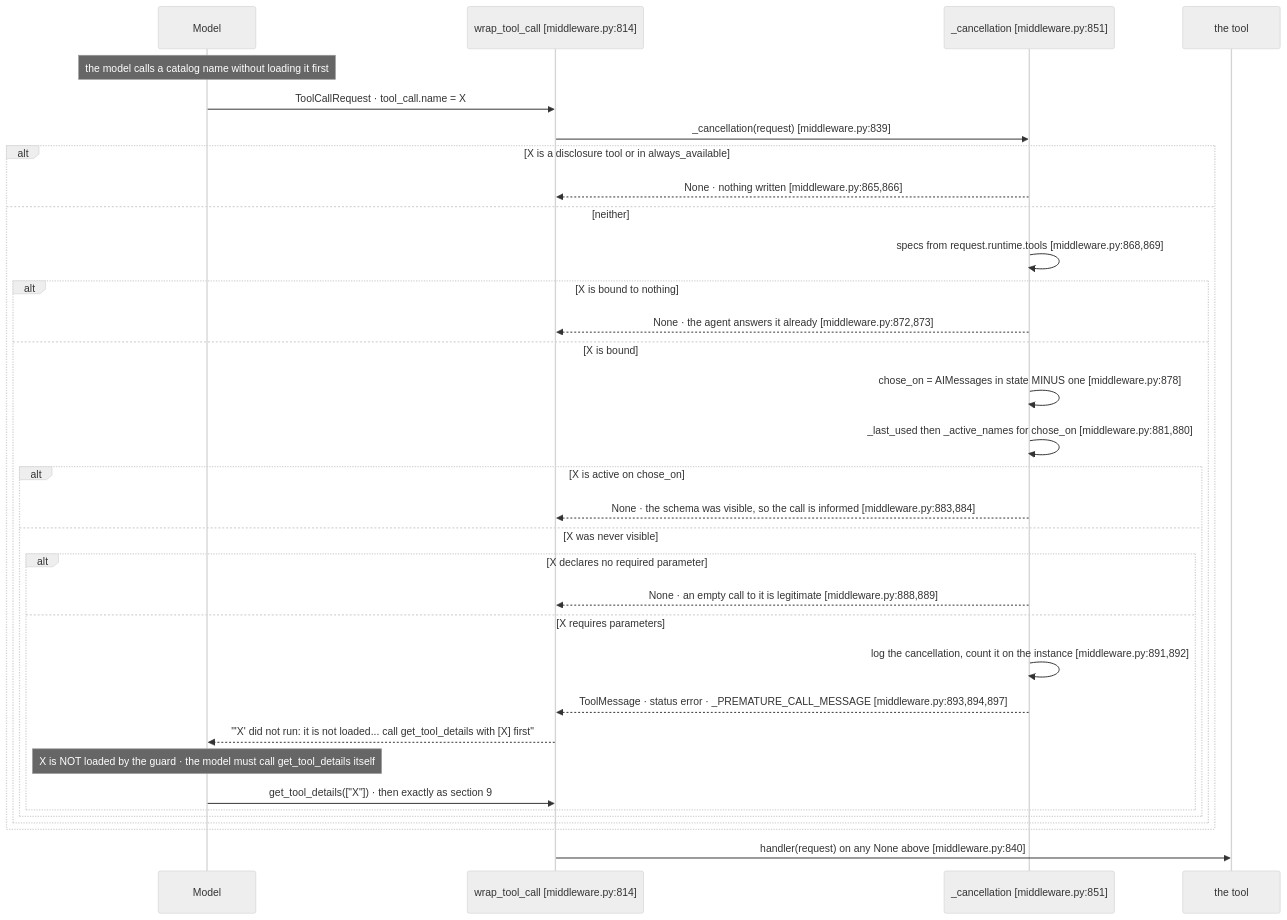
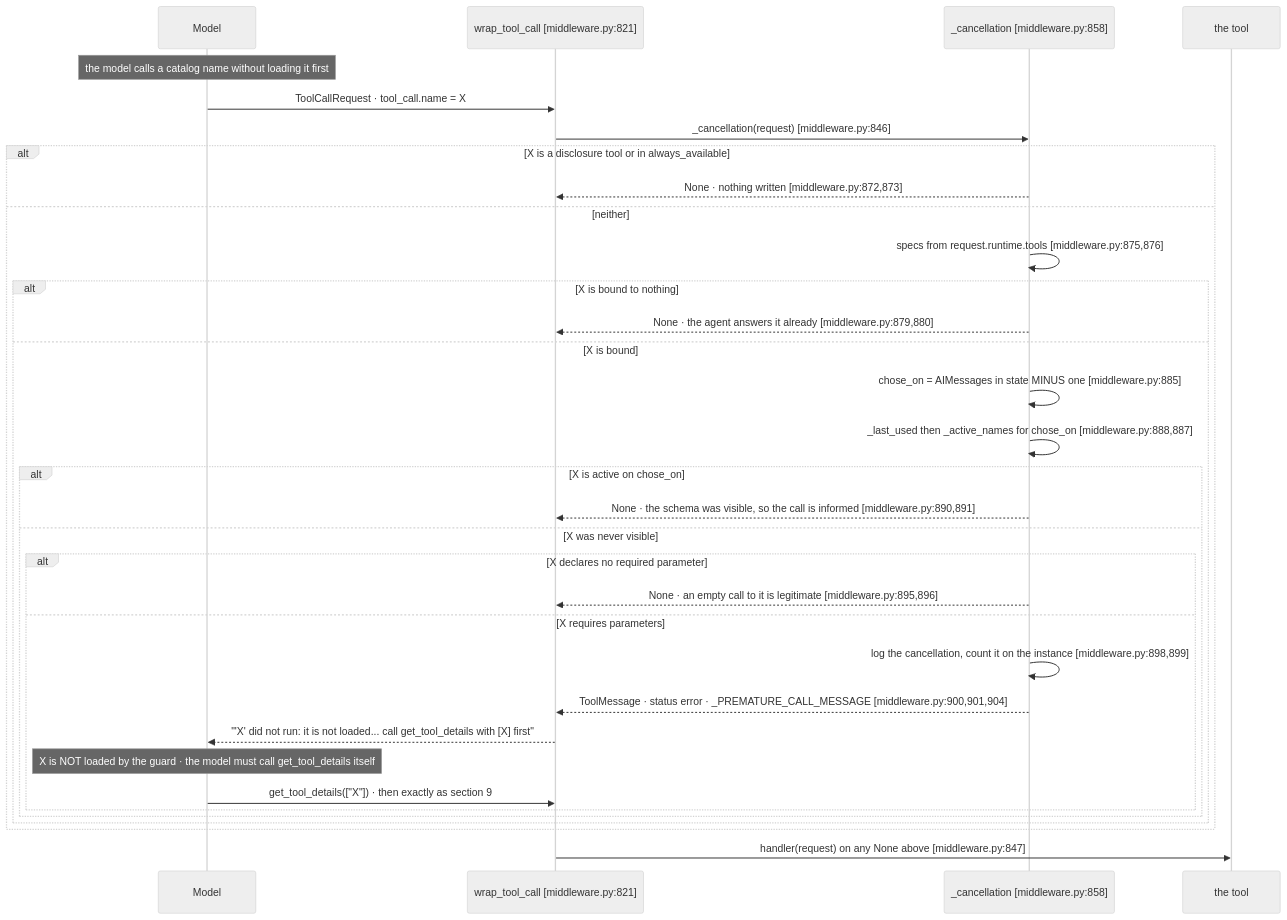
Before and after one commit to aws-samples/sample-context-engineering: the sixth of 7 diagrams in docs/design/sequence/langgraph/sequence-b-disclosure.md, drawn with Mermaid (neutral theme). The commit also changed other lines of this file and 4 other files, not shown here.

First line of the commit message:
docs(langgraph): benchmark result and diagrams re-anchored to the final code

````diff
--- a/docs/design/sequence/langgraph/sequence-b-disclosure.md
+++ b/docs/design/sequence/langgraph/sequence-b-disclosure.md
@@ -702,36 +765,36 @@
 ```mermaid
 sequenceDiagram
     participant Model
-    participant WTC as wrap_tool_call [middleware.py:814]
-    participant Cancel as _cancellation [middleware.py:851]
+    participant WTC as wrap_tool_call [middleware.py:821]
+    participant Cancel as _cancellation [middleware.py:858]
     participant Handler as the tool
 
     Note over Model: the model calls a catalog name without loading it first
     Model->>WTC: ToolCallRequest · tool_call.name = X
-    WTC->>Cancel: _cancellation(request) [middleware.py:839]
+    WTC->>Cancel: _cancellation(request) [middleware.py:846]
     alt X is a disclosure tool or in always_available
-        Cancel-->>WTC: None · nothing written [middleware.py:865,866]
+        Cancel-->>WTC: None · nothing written [middleware.py:872,873]
     else neither
-        Cancel->>Cancel: specs from request.runtime.tools [middleware.py:868,869]
+        Cancel->>Cancel: specs from request.runtime.tools [middleware.py:875,876]
         alt X is bound to nothing
-            Cancel-->>WTC: None · the agent answers it already [middleware.py:872,873]
+            Cancel-->>WTC: None · the agent answers it already [middleware.py:879,880]
         else X is bound
-            Cancel->>Cancel: chose_on = AIMessages in state MINUS one [middleware.py:878]
-            Cancel->>Cancel: _last_used then _active_names for chose_on [middleware.py:881,880]
+            Cancel->>Cancel: chose_on = AIMessages in state MINUS one [middleware.py:885]
+            Cancel->>Cancel: _last_used then _active_names for chose_on [middleware.py:888,887]
             alt X is active on chose_on
-                Cancel-->>WTC: None · the schema was visible, so the call is informed [middleware.py:883,884]
+                Cancel-->>WTC: None · the schema was visible, so the call is informed [middleware.py:890,891]
             else X was never visible
                 alt X declares no required parameter
-                    Cancel-->>WTC: None · an empty call to it is legitimate [middleware.py:888,889]
+                    Cancel-->>WTC: None · an empty call to it is legitimate [middleware.py:895,896]
                 else X requires parameters
-                    Cancel->>Cancel: log the cancellation, count it on the instance [middleware.py:891,892]
-                    Cancel-->>WTC: ToolMessage · status error · _PREMATURE_CALL_MESSAGE [middleware.py:893,894,897]
+                    Cancel->>Cancel: log the cancellation, count it on the instance [middleware.py:898,899]
+                    Cancel-->>WTC: ToolMessage · status error · _PREMATURE_CALL_MESSAGE [middleware.py:900,901,904]
                     WTC-->>Model: "'X' did not run: it is not loaded... call get_tool_details with [X] first"
                     Note over Model: X is NOT loaded by the guard · the model must call get_tool_details itself
                     Model->>WTC: get_tool_details(["X"]) · then exactly as section 9
                 end
             end
         end
     end
-    WTC->>Handler: handler(request) on any None above [middleware.py:840]
+    WTC->>Handler: handler(request) on any None above [middleware.py:847]
 ```
````
